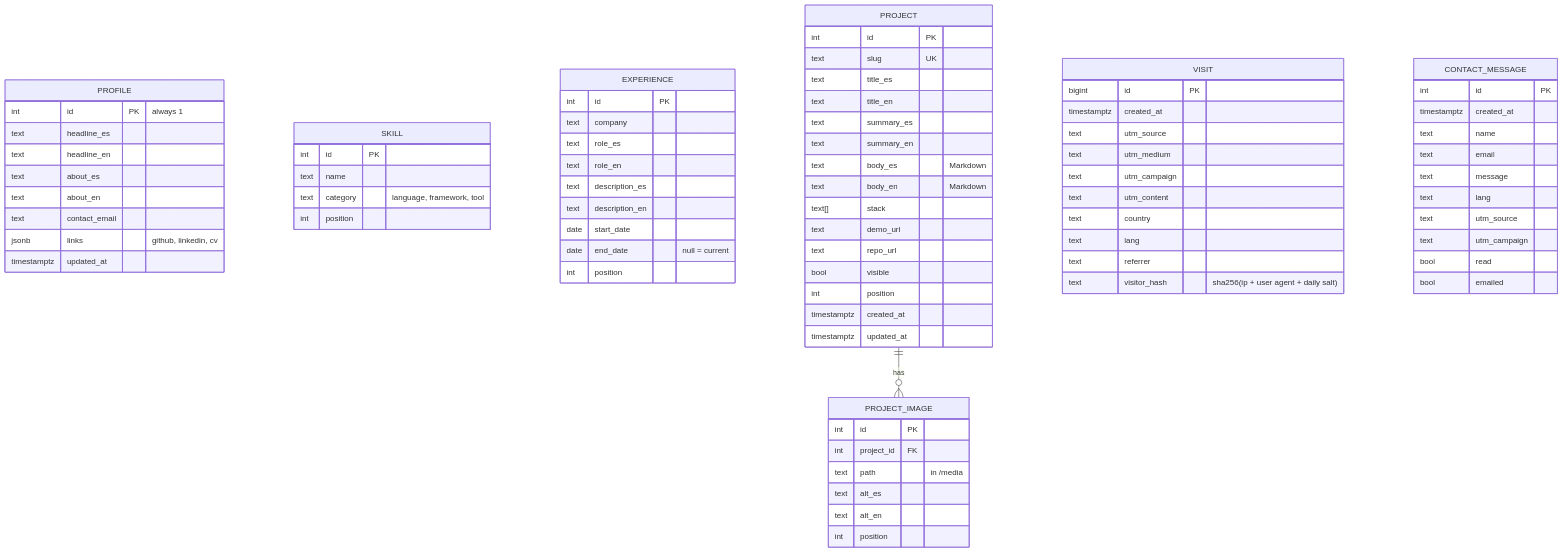
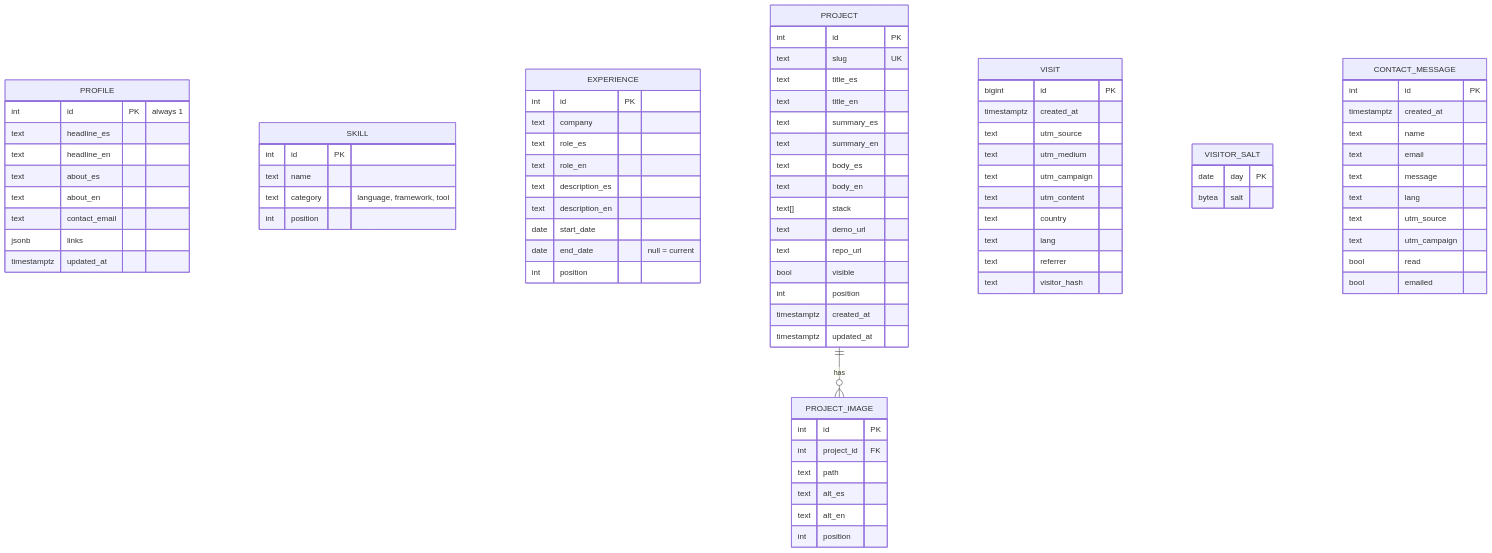
The second of 3 diagrams in docs/architecture.md (GearXnico/Portafolio-Page), drawn with Mermaid before and after one commit. The commit also changed other lines of this file and 4 other files, not shown here.

```diff
--- a/docs/architecture.md
+++ b/docs/architecture.md
@@ -108,7 +55,7 @@
         text about_es
         text about_en
         text contact_email
-        jsonb links "github, linkedin, cv"
+        jsonb links
         timestamptz updated_at
     }
     SKILL {
@@ -135,8 +82,8 @@
         text title_en
         text summary_es
         text summary_en
-        text body_es "Markdown"
-        text body_en "Markdown"
+        text body_es
+        text body_en
         text[] stack
         text demo_url
         text repo_url
@@ -148,7 +95,7 @@
     PROJECT_IMAGE {
         int id PK
         int project_id FK
-        text path "in /media"
+        text path
         text alt_es
         text alt_en
         int position
@@ -163,7 +110,11 @@
         text country
         text lang
         text referrer
-        text visitor_hash "sha256(ip + user agent + daily salt)"
+        text visitor_hash
+    }
+    VISITOR_SALT {
+        date day PK
+        bytea salt
     }
     CONTACT_MESSAGE {
         int id PK
```
